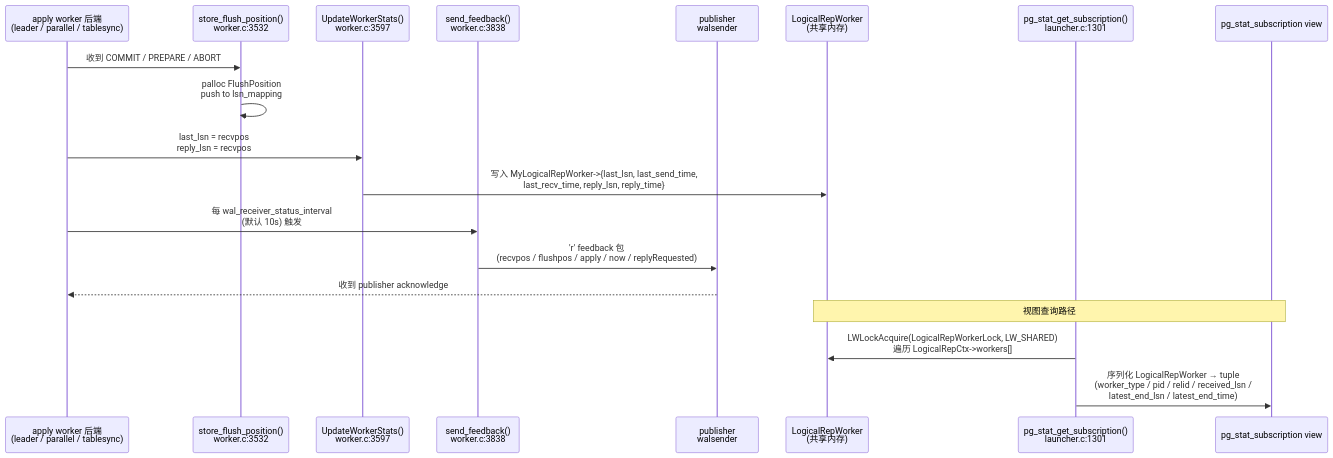
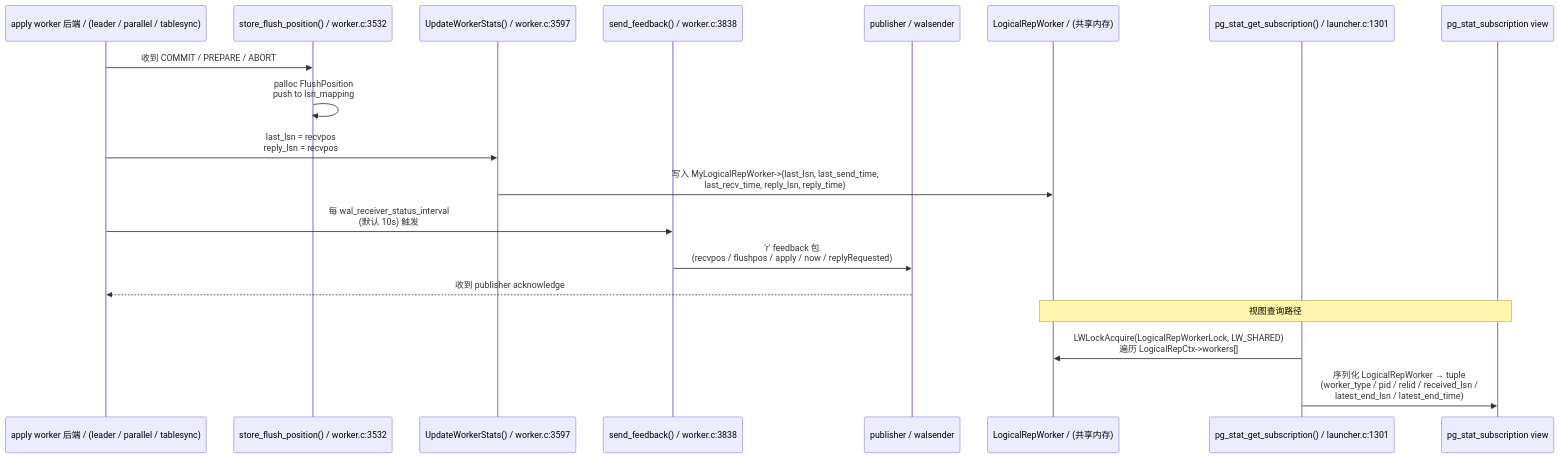
Before and after one commit to growdu/blog: the eighth of 10 diagrams in docs/database/postgresql-logical-replication-monitoring/index.md, drawn with Mermaid. The commit also changed other lines of this file and 1 other file, not shown here.

First line of the commit message:
fix(database): fix mermaid diagrams not rendering in 2 logical-replication articles

````diff
--- a/docs/database/postgresql-logical-replication-monitoring/index.md
+++ b/docs/database/postgresql-logical-replication-monitoring/index.md
@@ -758,23 +758,23 @@
 ```mermaid
 sequenceDiagram
-  participant Apply as apply worker 后端<br/>(leader / parallel / tablesync)
-  participant StorePos as store_flush_position()<br/>worker.c:3532
-  participant Upd as UpdateWorkerStats()<br/>worker.c:3597
-  participant Send as send_feedback()<br/>worker.c:3838
-  participant Pub as publisher<br/>walsender
-  participant Mem as LogicalRepWorker<br/>(共享内存)
-  participant SRF as pg_stat_get_subscription()<br/>launcher.c:1301
+  participant Apply as apply worker 后端 / (leader / parallel / tablesync)
+  participant StorePos as store_flush_position() / worker.c:3532
+  participant Upd as UpdateWorkerStats() / worker.c:3597
+  participant Send as send_feedback() / worker.c:3838
+  participant Pub as publisher / walsender
+  participant Mem as LogicalRepWorker / (共享内存)
+  participant SRF as pg_stat_get_subscription() / launcher.c:1301
   participant View as pg_stat_subscription view
 
   Apply->>StorePos: 收到 COMMIT / PREPARE / ABORT
   StorePos->>StorePos: palloc FlushPosition<br/>push to lsn_mapping
   Apply->>Upd: last_lsn = recvpos<br/>reply_lsn = recvpos
   Upd->>Mem: 写入 MyLogicalRepWorker->{last_lsn, last_send_time,<br/>last_recv_time, reply_lsn, reply_time}
   Apply->>Send: 每 wal_receiver_status_interval<br/>(默认 10s) 触发
   Send->>Pub: 'r' feedback 包<br/>(recvpos / flushpos / apply / now / replyRequested)
   Pub-->>Apply: 收到 publisher acknowledge
 
   Note over Mem,View: 视图查询路径
   SRF->>Mem: LWLockAcquire(LogicalRepWorkerLock, LW_SHARED)<br/>遍历 LogicalRepCtx->workers[]
   SRF->>View: 序列化 LogicalRepWorker → tuple<br/>(worker_type / pid / relid / received_lsn /<br/>latest_end_lsn / latest_end_time)
 ```
````
